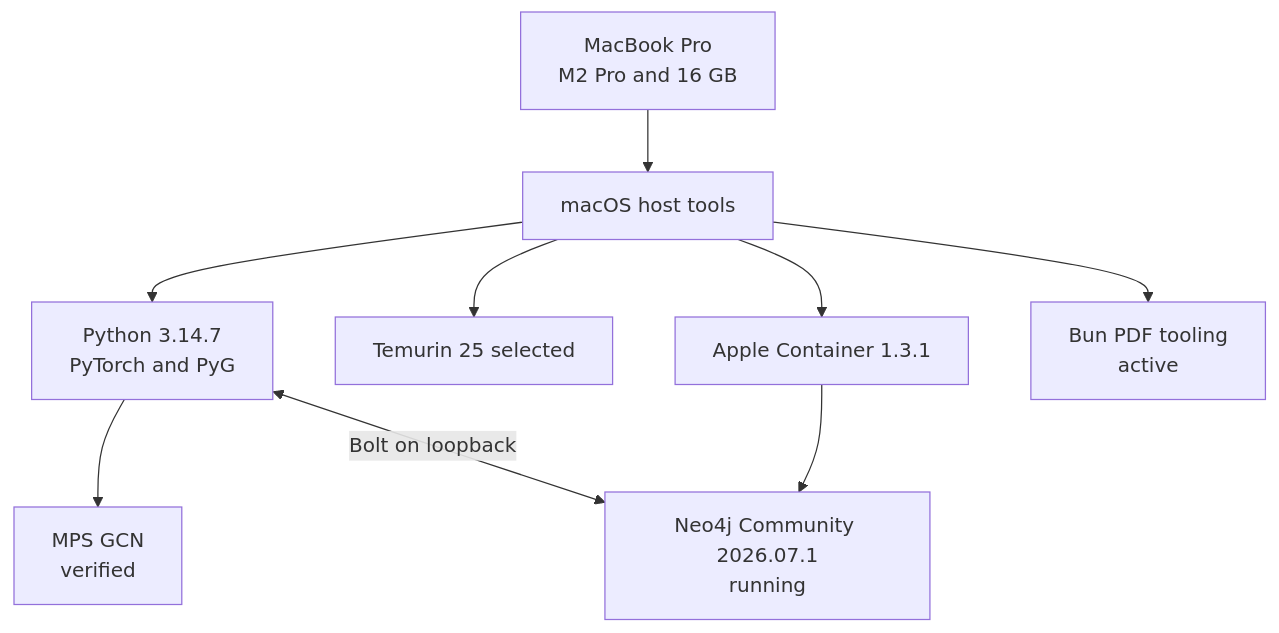
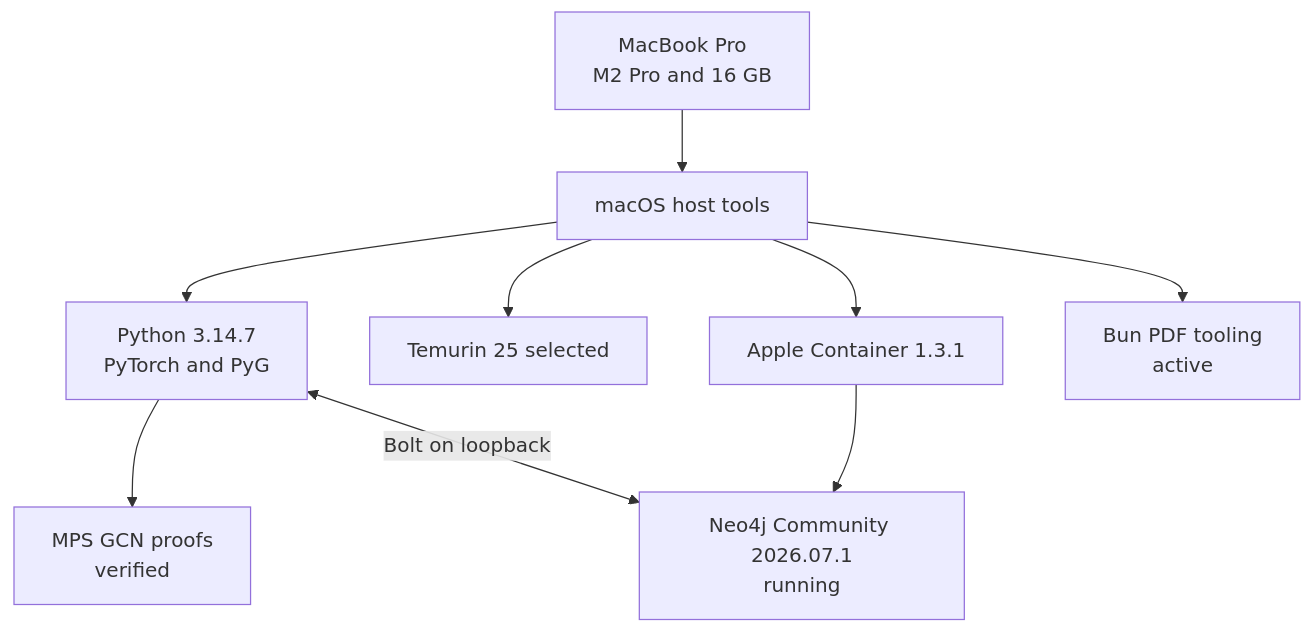
One commit to gh-andirdju/ml changed the diagram in docs/00-status/current-state.md. Above: the diagram before and after it, drawn with Mermaid. The commit also changed other lines of this file and 18 other files, not shown here.

````diff
--- a/docs/00-status/current-state.md
+++ b/docs/00-status/current-state.md
@@ -23,12 +24,12 @@
 ```mermaid
 flowchart TB
     laptop[MacBook Pro<br/>M2 Pro and 16 GB]
     laptop --> host[macOS host tools]
     host --> python[Python 3.14.7<br/>PyTorch and PyG]
     host --> java[Temurin 25 selected]
     host --> apple[Apple Container 1.3.1]
     host --> pdf[Bun PDF tooling<br/>active]
-    python --> mps[MPS GCN<br/>verified]
+    python --> mps[MPS GCN proofs<br/>verified]
     apple --> neo[Neo4j Community 2026.07.1<br/>running]
     python <-->|Bolt on loopback| neo
 ```
````
